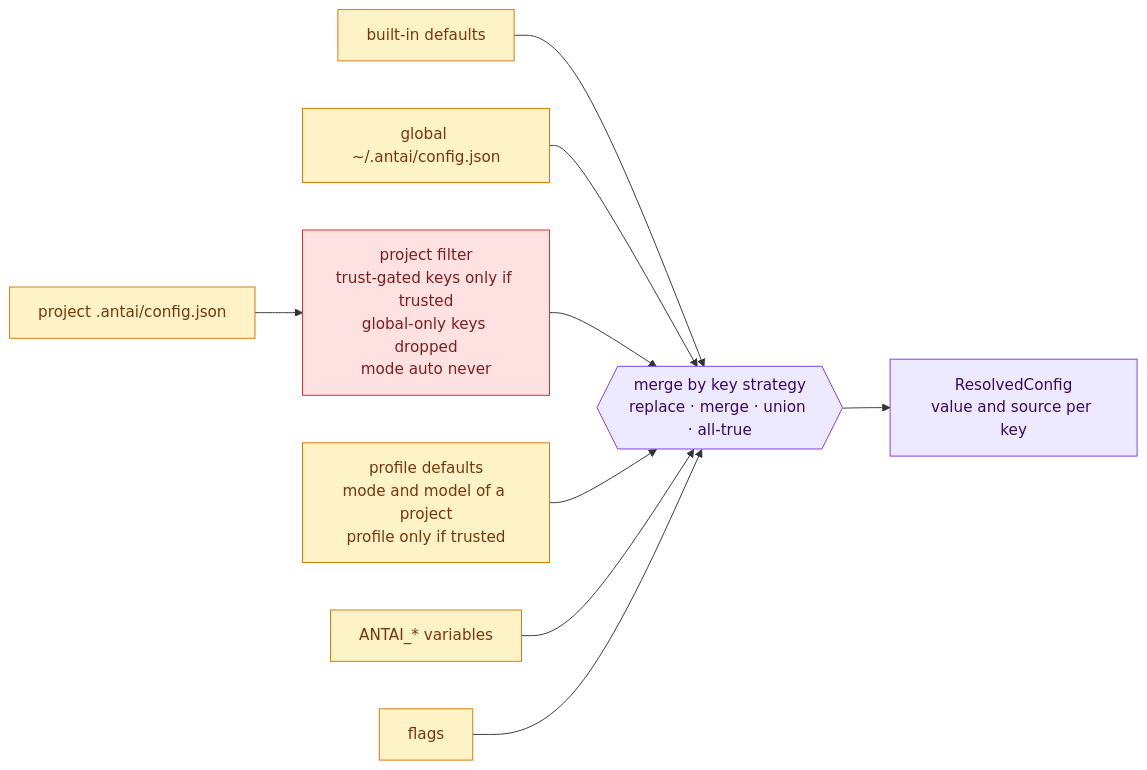
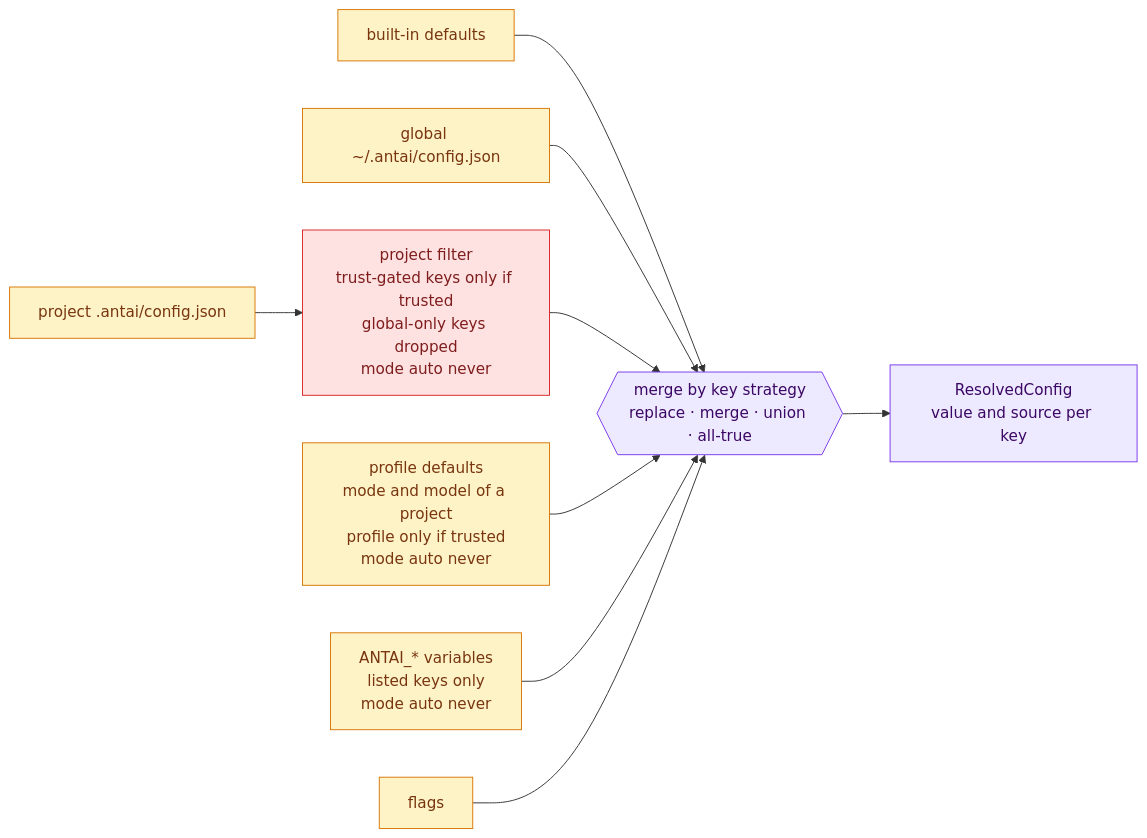
Before and after one commit to Dakshnagpal/antai-agent: the fifth of 6 diagrams in docs/Deliverables/11_interface_contracts_conventions.md, drawn with Mermaid. The commit also changed other lines of this file and 18 other files, not shown here.

````diff
--- a/docs/Deliverables/11_interface_contracts_conventions.md
+++ b/docs/Deliverables/11_interface_contracts_conventions.md
@@ -1508,25 +1532,25 @@
 ```mermaid
 flowchart LR
     DEF["built-in defaults"]
     GLB["global ~/.antai/config.json"]
     PRJ["project .antai/config.json"]
     FIL["project filter<br/>trust-gated keys only if trusted<br/>global-only keys dropped<br/>mode auto never"]
-    PRF["profile defaults<br/>mode and model of a project<br/>profile only if trusted"]
-    ENV["ANTAI_* variables"]
+    PRF["profile defaults<br/>mode and model of a project<br/>profile only if trusted<br/>mode auto never"]
+    ENV["ANTAI_* variables<br/>listed keys only<br/>mode auto never"]
     FLG["flags"]
     MRG{{"merge by key strategy<br/>replace · merge · union · all-true"}}
     OUT["ResolvedConfig<br/>value and source per key"]
     DEF --> MRG
     GLB --> MRG
     PRJ --> FIL --> MRG
     PRF --> MRG
     ENV --> MRG
     FLG --> MRG
     MRG --> OUT
     classDef orch fill:#ede9fe,stroke:#7c3aed,color:#3b0764
     classDef safety fill:#fee2e2,stroke:#dc2626,color:#7f1d1d
     classDef infra fill:#fef3c7,stroke:#d97706,color:#78350f
     class DEF,GLB,PRJ,PRF,ENV,FLG infra
     class FIL safety
     class MRG,OUT orch
 ```
````
